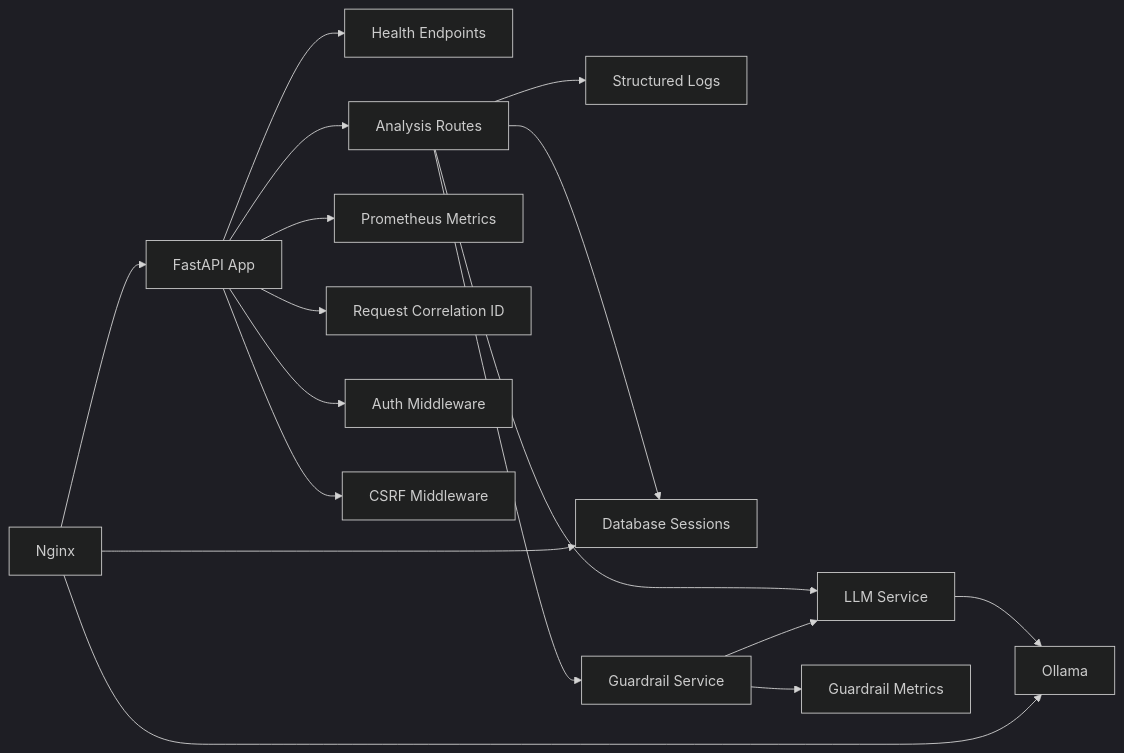
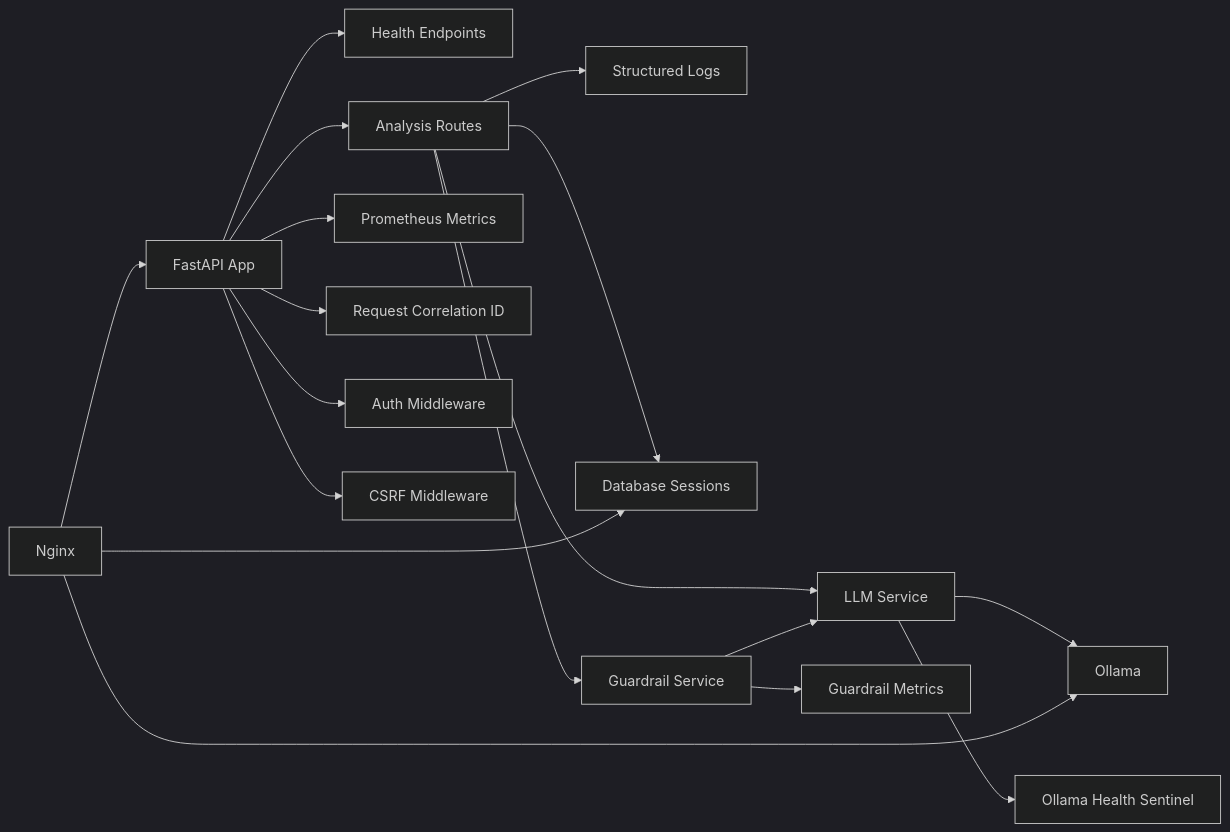
Before and after one commit to Revanththetalogics/aireume: the fourth of 4 diagrams in .qoder/repowiki/en/content/Deployment & DevOps/Monitoring & Logging.md, drawn with Mermaid (dark theme). The commit also changed other lines of this file and 15 other files, not shown here.

````diff
--- a/.qoder/repowiki/en/content/Deployment & DevOps/Monitoring & Logging.md
+++ b/.qoder/repowiki/en/content/Deployment & DevOps/Monitoring & Logging.md
@@ -494,19 +519,20 @@
 ```mermaid
 graph LR
 API["FastAPI App"] --> HEALTH["Health Endpoints"]
 API --> ANALYZE["Analysis Routes"]
 API --> METRICS["Prometheus Metrics"]
 API --> CORR["Request Correlation ID"]
 ANALYZE --> LOG["Structured Logs"]
 ANALYZE --> DB["Database Sessions"]
 ANALYZE --> LLM["LLM Service"]
 ANALYZE --> GUARDRAIL["Guardrail Service"]
 GUARDRAIL --> GR_METRICS["Guardrail Metrics"]
 GUARDRAIL --> LLM
 LLM --> OLL["Ollama"]
+LLM --> SENTINEL["Ollama Health Sentinel"]
 API --> AUTH["Auth Middleware"]
 API --> CSRF["CSRF Middleware"]
 NGINX["Nginx"] --> API
 NGINX --> OLL
 NGINX --> DB
 ```
````
